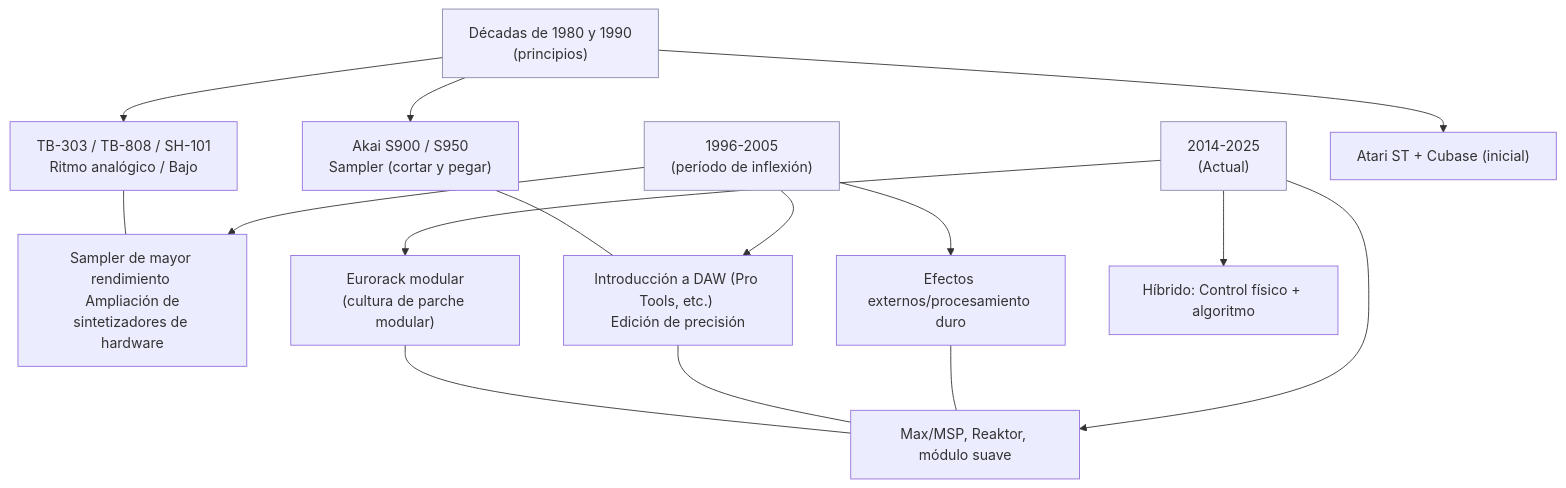
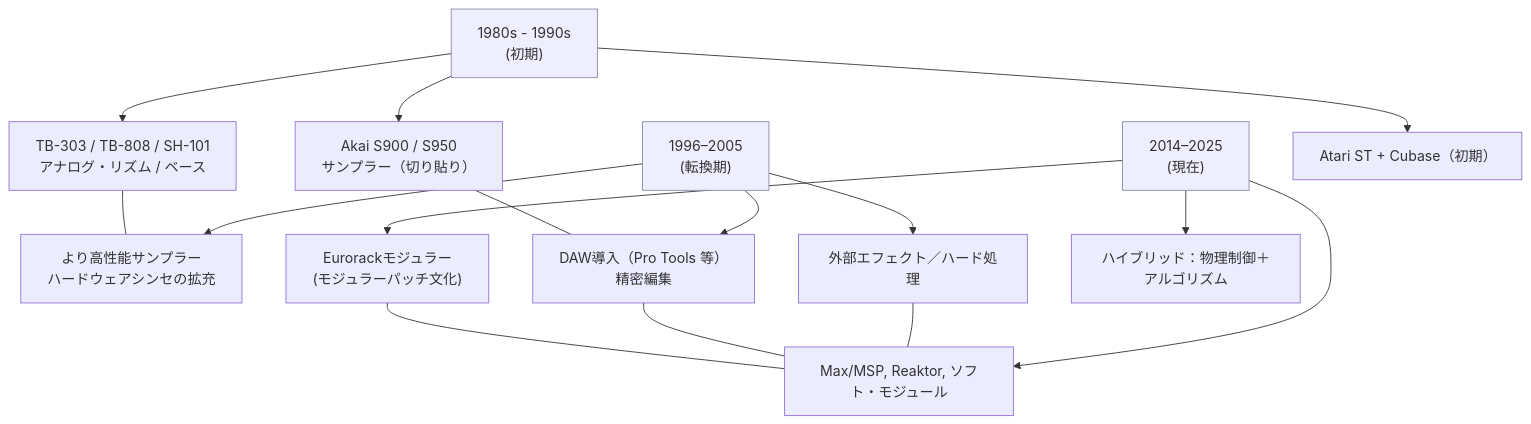
One commit to monumental-movement/monumental-movement.github.io changed the third of 7 diagrams in es/_posts/2025-10-24-column-aphex_twin_evolution.md. Above: the diagram before and after it, drawn with Mermaid. The commit also changed other lines of this file and 299 other files, not shown here.

```diff
--- a/es/_posts/2025-10-24-column-aphex_twin_evolution.md
+++ b/es/_posts/2025-10-24-column-aphex_twin_evolution.md
@@ -275,34 +275,34 @@
 <div class="mermaid">
 
 flowchart TD
 
 
-  A["Décadas de 1980 y 1990<br>(principios)"]
-  B["1996-2005<br>(período de inflexión)"]
-  C["2014-2025<br>(Actual)"]
+  A["1980s - 1990s<br>(初期)"]
+  B["1996–2005<br>(転換期)"]
+  C["2014–2025<br>(現在)"]
 
-  A --> A1["TB-303 / TB-808 / SH-101<br>Ritmo analógico / Bajo"]
-  A --> A2["Akai S900 / S950<br>Sampler (cortar y pegar)"]
-  A --> A3["Atari ST + Cubase (inicial)"]
+  A --> A1["TB-303 / TB-808 / SH-101<br>アナログ・リズム / ベース"]
+  A --> A2["Akai S900 / S950<br>サンプラー（切り貼り）"]
+  A --> A3["Atari ST + Cubase（初期）"]
 
-  B --> B1["Sampler de mayor rendimiento <br> Ampliación de sintetizadores de hardware"]
-  B --> B2["Introducción a DAW (Pro Tools, etc.) <br>Edición de precisión"]
-  B --> B3["Efectos externos/procesamiento duro"]
+  B --> B1["より高性能サンプラー<br>ハードウェアシンセの拡充"]
+  B --> B2["DAW導入（Pro Tools 等）<br>精密編集"]
+  B --> B3["外部エフェクト／ハード処理"]
 
-  C --> C1["Eurorack modular<br>(cultura de parche modular)"]
-  C --> C2["Max/MSP, Reaktor, módulo suave"]
-  C --> C3["Híbrido: Control físico + algoritmo"]
+  C --> C1["Eurorackモジュラー<br>(モジュラーパッチ文化)"]
+  C --> C2["Max/MSP, Reaktor, ソフト・モジュール"]
+  C --> C3["ハイブリッド：物理制御＋アルゴリズム"]
 
 
   A1 --- B1
   A2 --- B2
   B3 --- C2
   B2 --- C2
   C1 --- C2
 
 
   classDef era fill:#eef,stroke:#88a,stroke-width:1px;
   class A,B,C era;
 
 
 </div>
```
